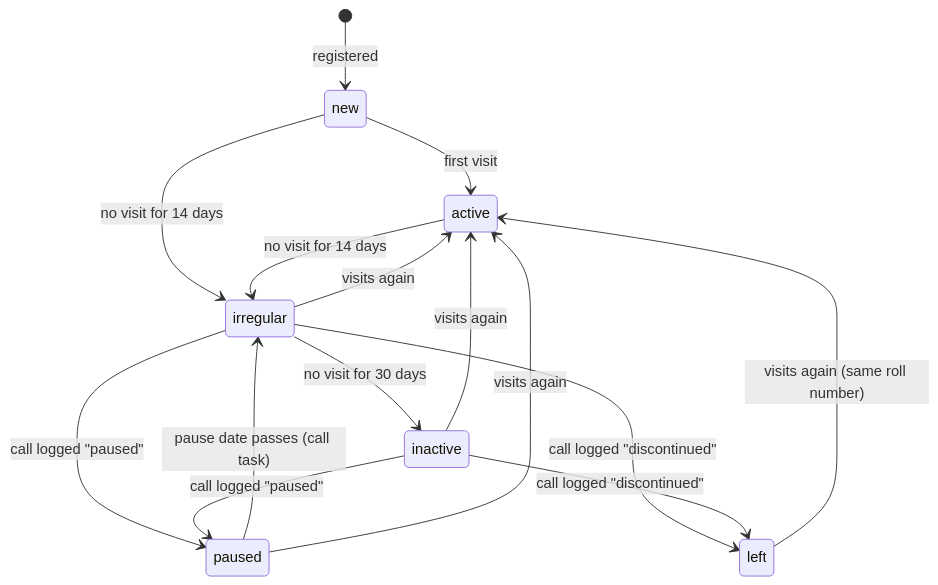
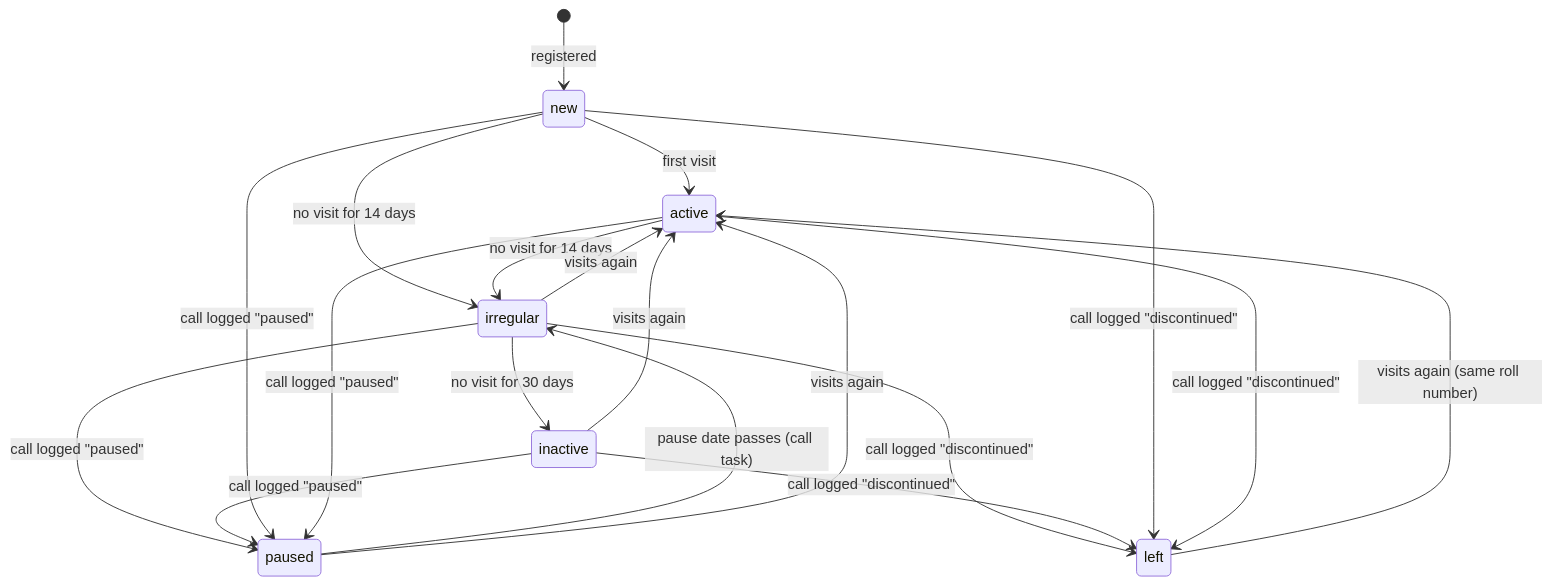
The diagram in docs/DATABASE.md (Praviadari/mridanga-seva), drawn with Mermaid before and after one commit. The commit also changed other lines of this file and 10 other files, not shown here.

````diff
--- a/docs/DATABASE.md
+++ b/docs/DATABASE.md
@@ -83,17 +83,21 @@
 ```mermaid
 stateDiagram-v2
   [*] --> new: registered
   new --> active: first visit
   new --> irregular: no visit for 14 days
   active --> irregular: no visit for 14 days
   irregular --> active: visits again
   irregular --> inactive: no visit for 30 days
   irregular --> paused: call logged "paused"
   irregular --> left: call logged "discontinued"
   inactive --> paused: call logged "paused"
   inactive --> left: call logged "discontinued"
   paused --> irregular: pause date passes (call task)
   inactive --> active: visits again
   paused --> active: visits again
   left --> active: visits again (same roll number)
+  new --> paused: call logged "paused"
+  active --> paused: call logged "paused"
+  new --> left: call logged "discontinued"
+  active --> left: call logged "discontinued"
 ```
````
